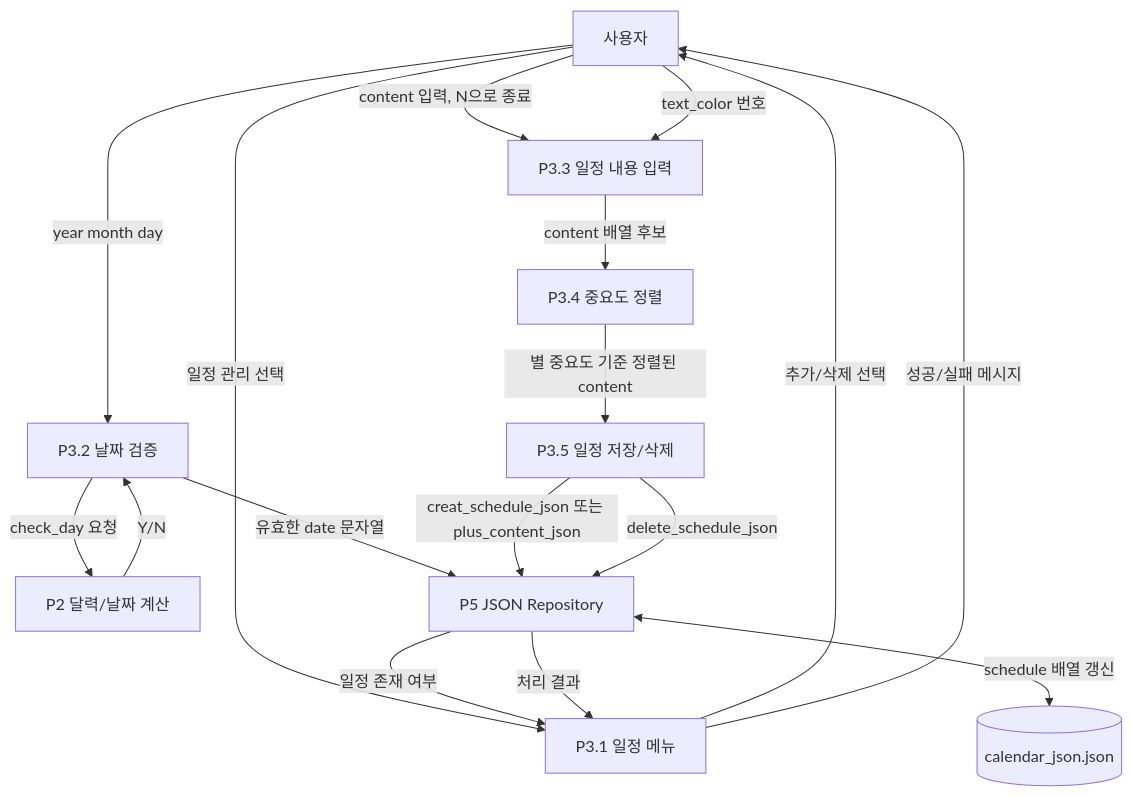
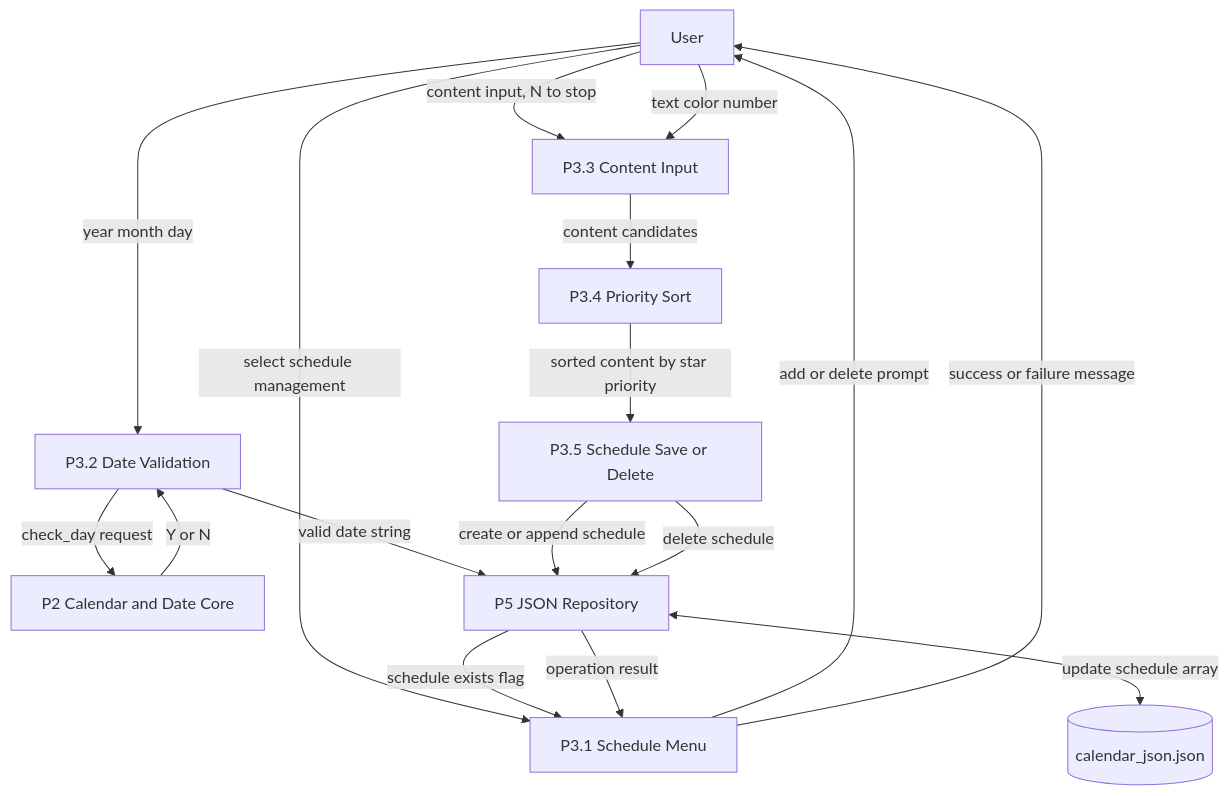
The third of 5 diagrams in architecture/dfd.md (JY0102/Calendar), drawn with Mermaid before and after one commit. The commit also changed other lines of this file and 1 other file, not shown here.

````diff
--- a/architecture/dfd.md
+++ b/architecture/dfd.md
@@ -68,31 +64,31 @@
 ```mermaid
 flowchart TB
-    User[사용자]
-    ScheduleUI[P3.1 일정 메뉴]
-    DateCheck[P3.2 날짜 검증]
-    ContentInput[P3.3 일정 내용 입력]
-    PrioritySort[P3.4 중요도 정렬]
-    ScheduleStore[P3.5 일정 저장/삭제]
-    CalendarCore[P2 달력/날짜 계산]
-    JsonRepo[P5 JSON Repository]
-    JsonFile[(calendar_json.json)]
+    User["User"]
+    ScheduleUI["P3.1 Schedule Menu"]
+    DateCheck["P3.2 Date Validation"]
+    ContentInput["P3.3 Content Input"]
+    PrioritySort["P3.4 Priority Sort"]
+    ScheduleStore["P3.5 Schedule Save or Delete"]
+    CalendarCore["P2 Calendar and Date Core"]
+    JsonRepo["P5 JSON Repository"]
+    JsonFile[("calendar_json.json")]
 
-    User -->|일정 관리 선택| ScheduleUI
-    ScheduleUI -->|추가/삭제 선택| User
-    User -->|year month day| DateCheck
-    DateCheck -->|check_day 요청| CalendarCore
-    CalendarCore -->|Y/N| DateCheck
+    User -->|"select schedule management"| ScheduleUI
+    ScheduleUI -->|"add or delete prompt"| User
+    User -->|"year month day"| DateCheck
+    DateCheck -->|"check_day request"| CalendarCore
+    CalendarCore -->|"Y or N"| DateCheck
 
-    DateCheck -->|유효한 date 문자열| JsonRepo
-    JsonRepo -->|일정 존재 여부| ScheduleUI
+    DateCheck -->|"valid date string"| JsonRepo
+    JsonRepo -->|"schedule exists flag"| ScheduleUI
 
-    User -->|content 입력, N으로 종료| ContentInput
-    User -->|text_color 번호| ContentInput
-    ContentInput -->|content 배열 후보| PrioritySort
-    PrioritySort -->|별 중요도 기준 정렬된 content| ScheduleStore
-    ScheduleStore -->|creat_schedule_json 또는 plus_content_json| JsonRepo
-    ScheduleStore -->|delete_schedule_json| JsonRepo
-    JsonRepo <-->|schedule 배열 갱신| JsonFile
-    JsonRepo -->|처리 결과| ScheduleUI
-    ScheduleUI -->|성공/실패 메시지| User
+    User -->|"content input, N to stop"| ContentInput
+    User -->|"text color number"| ContentInput
+    ContentInput -->|"content candidates"| PrioritySort
+    PrioritySort -->|"sorted content by star priority"| ScheduleStore
+    ScheduleStore -->|"create or append schedule"| JsonRepo
+    ScheduleStore -->|"delete schedule"| JsonRepo
+    JsonRepo <-->|"update schedule array"| JsonFile
+    JsonRepo -->|"operation result"| ScheduleUI
+    ScheduleUI -->|"success or failure message"| User
 ```
````
